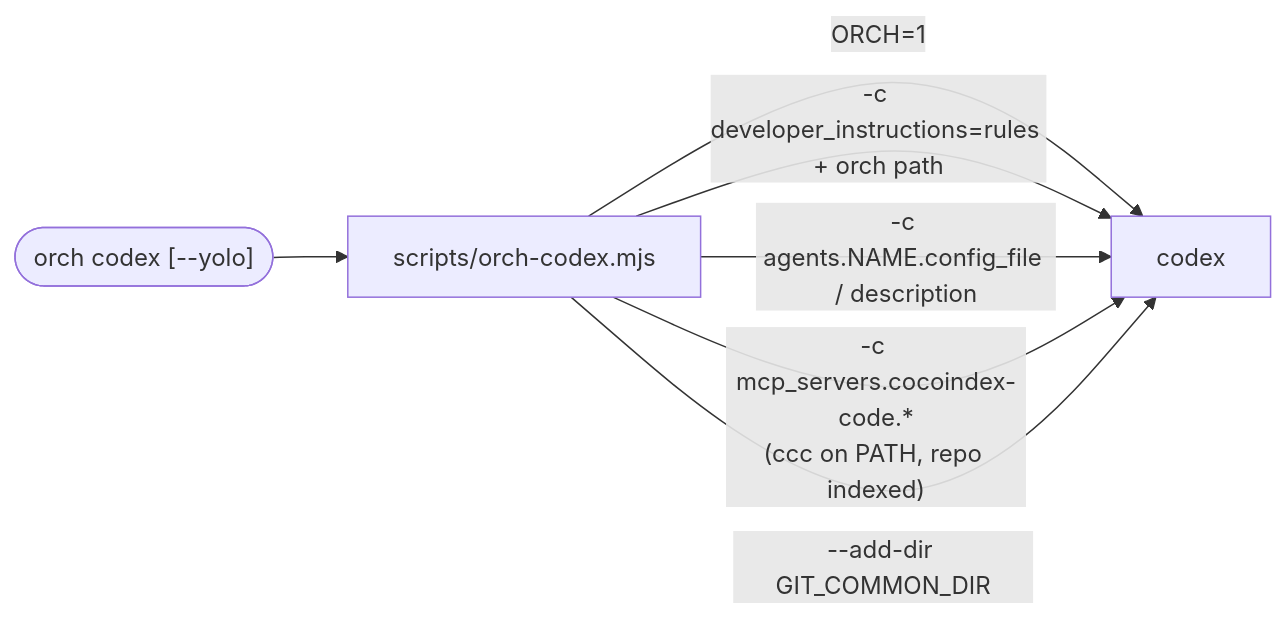
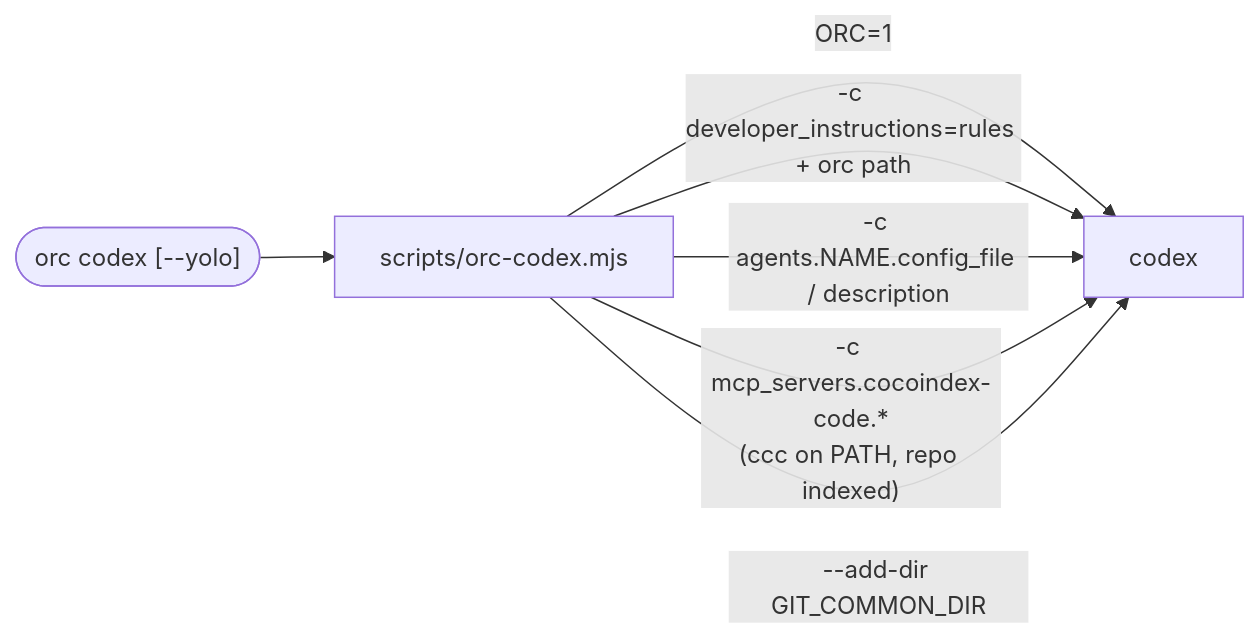
One commit to crafts69guy/orchestra changed the fourth of 9 diagrams in docs/ARCHITECTURE.md. Above: the diagram before and after it, drawn with Mermaid. The commit also changed other lines of this file and 65 other files, not shown here.

First line of the commit message:
feat!: rename orch to orc (v0.12.0)

````diff
--- a/docs/ARCHITECTURE.md
+++ b/docs/ARCHITECTURE.md
@@ -156,9 +156,9 @@
 ```mermaid
 flowchart LR
-  dev(["orch codex [--yolo]"]) --> launcher["scripts/orch-codex.mjs"]
-  launcher -->|"ORCH=1"| codex["codex"]
-  launcher -->|"-c developer_instructions=rules + orch path"| codex
+  dev(["orc codex [--yolo]"]) --> launcher["scripts/orc-codex.mjs"]
+  launcher -->|"ORC=1"| codex["codex"]
+  launcher -->|"-c developer_instructions=rules + orc path"| codex
   launcher -->|"-c agents.NAME.config_file / description"| codex
   launcher -->|"-c mcp_servers.cocoindex-code.*<br/>(ccc on PATH, repo indexed)"| codex
   launcher -->|"--add-dir GIT_COMMON_DIR"| codex
 ```
````
